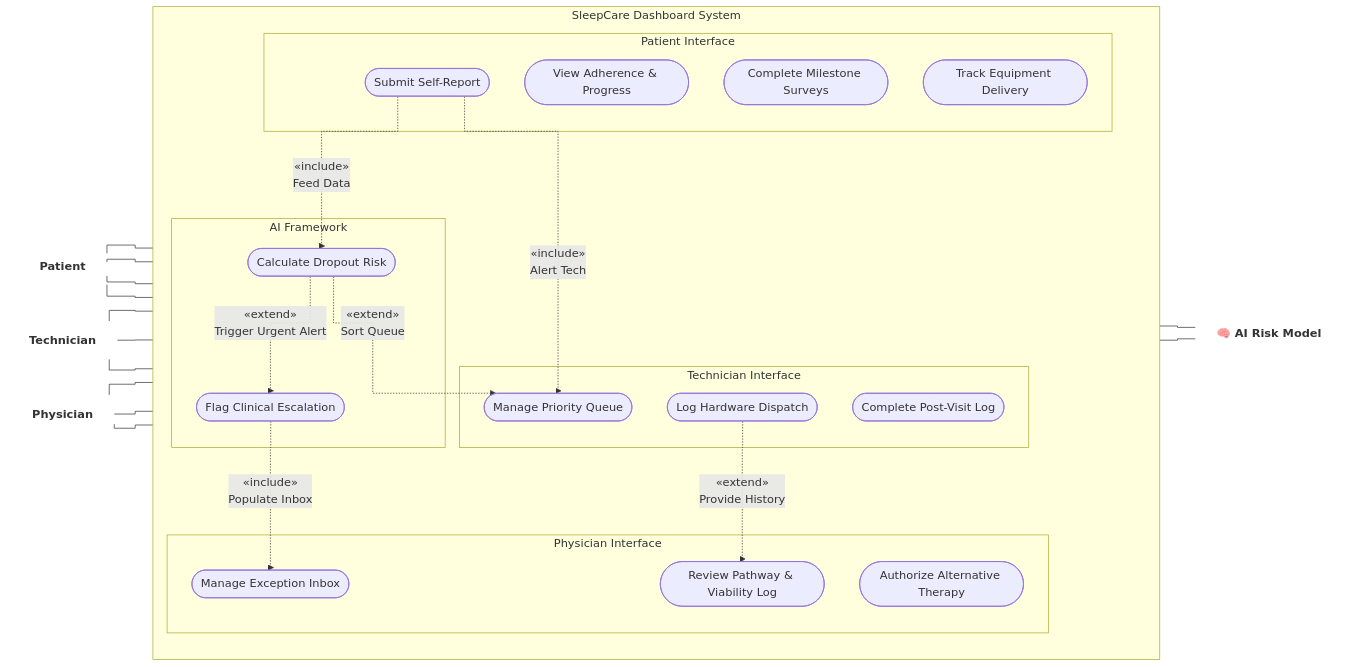
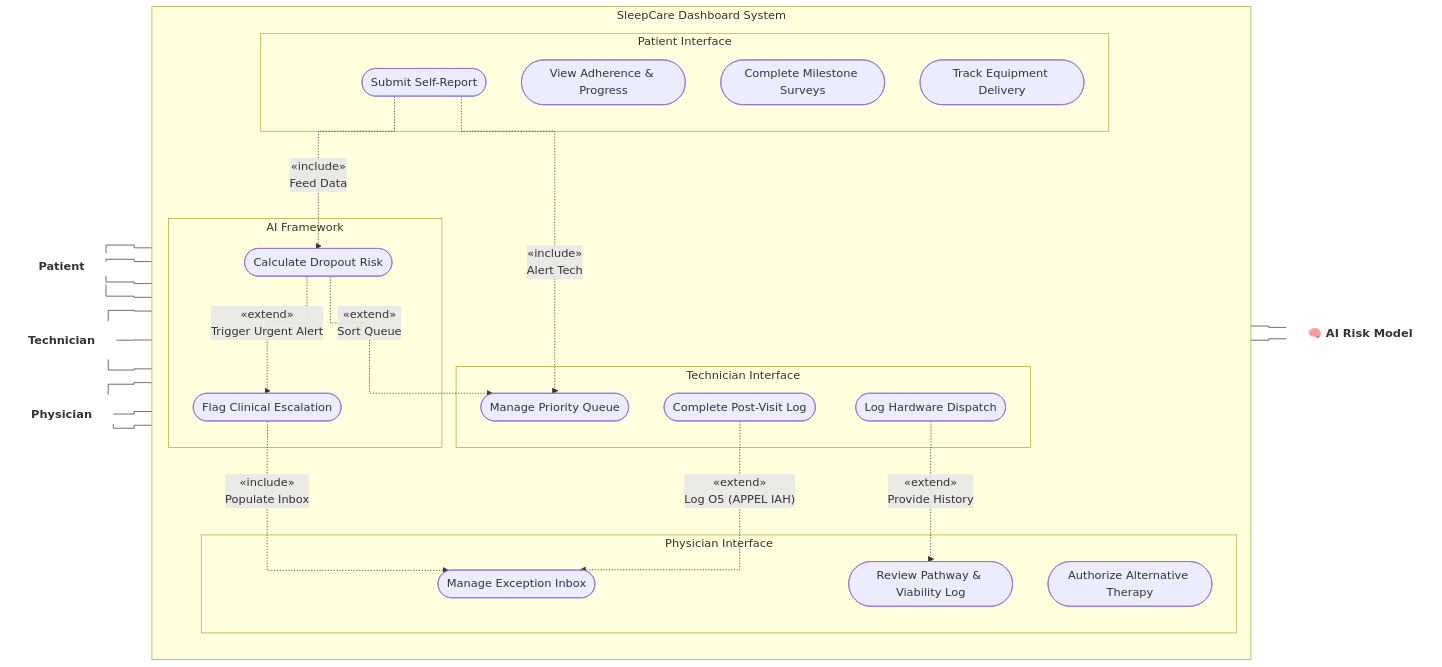
Before and after one commit to MOEEZ5922/internship: the second of 2 diagrams in Dashboarding/Mermaid_UseCase_Diagram.md, drawn with Mermaid. The commit also changed other lines of this file and 6 other files, not shown here.

````diff
--- a/Dashboarding/Mermaid_UseCase_Diagram.md
+++ b/Dashboarding/Mermaid_UseCase_Diagram.md
@@ -70,65 +71,66 @@
 ```mermaid
 %%{init: {'flowchart': {'curve': 'stepBefore'}}}%%
 flowchart LR
     Patient["Patient"]
     Tech["Technician"]
     Physician["Physician"]
     AI["🧠 AI Risk Model"]
 
     classDef actor fill:none,stroke:none,text-align:center,font-weight:bold;
     class Patient,Tech,Physician,AI actor;
 
     subgraph SleepCare["SleepCare Dashboard System"]
         direction TB
         
         subgraph Pat_UI["Patient Interface"]
             UC_Adherence(["View Adherence & Progress"])
             UC_Milestone(["Complete Milestone Surveys"])
             UC_Report(["Submit Self-Report"])
             UC_Track(["Track Equipment Delivery"])
         end
         
         subgraph Tech_UI["Technician Interface"]
             UC_Queue(["Manage Priority Queue"])
             UC_Dispatch(["Log Hardware Dispatch"])
             UC_VisitLog(["Complete Post-Visit Log"])
         end
 
         subgraph Doc_UI["Physician Interface"]
             UC_Inbox(["Manage Exception Inbox"])
             UC_Pathway(["Review Pathway & Viability Log"])
             UC_Auth(["Authorize Alternative Therapy"])
         end
 
         subgraph AI_UI["AI Framework"]
             UC_CalcRisk(["Calculate Dropout Risk"])
             UC_FlagEsc(["Flag Clinical Escalation"])
         end
     end
 
     Patient --- UC_Adherence
     Patient --- UC_Milestone
     Patient --- UC_Report
     Patient --- UC_Track
 
     Tech --- UC_Queue
     Tech --- UC_Dispatch
     Tech --- UC_VisitLog
 
     Physician --- UC_Inbox
     Physician --- UC_Pathway
     Physician --- UC_Auth
 
     UC_CalcRisk --- AI
     UC_FlagEsc --- AI
 
     UC_Report -. "&laquo;include&raquo;<br/>Alert Tech" .-> UC_Queue
     UC_Report -. "&laquo;include&raquo;<br/>Feed Data" .-> UC_CalcRisk
     
     UC_CalcRisk -. "&laquo;extend&raquo;<br/>Sort Queue" .-> UC_Queue
     UC_CalcRisk -. "&laquo;extend&raquo;<br/>Trigger Urgent Alert" .-> UC_FlagEsc
     
     UC_FlagEsc -. "&laquo;include&raquo;<br/>Populate Inbox" .-> UC_Inbox
     
     UC_Dispatch -. "&laquo;extend&raquo;<br/>Provide History" .-> UC_Pathway
+    UC_VisitLog -. "&laquo;extend&raquo;<br/>Log O5 (APPEL IAH)" .-> UC_Inbox
 ```
````
